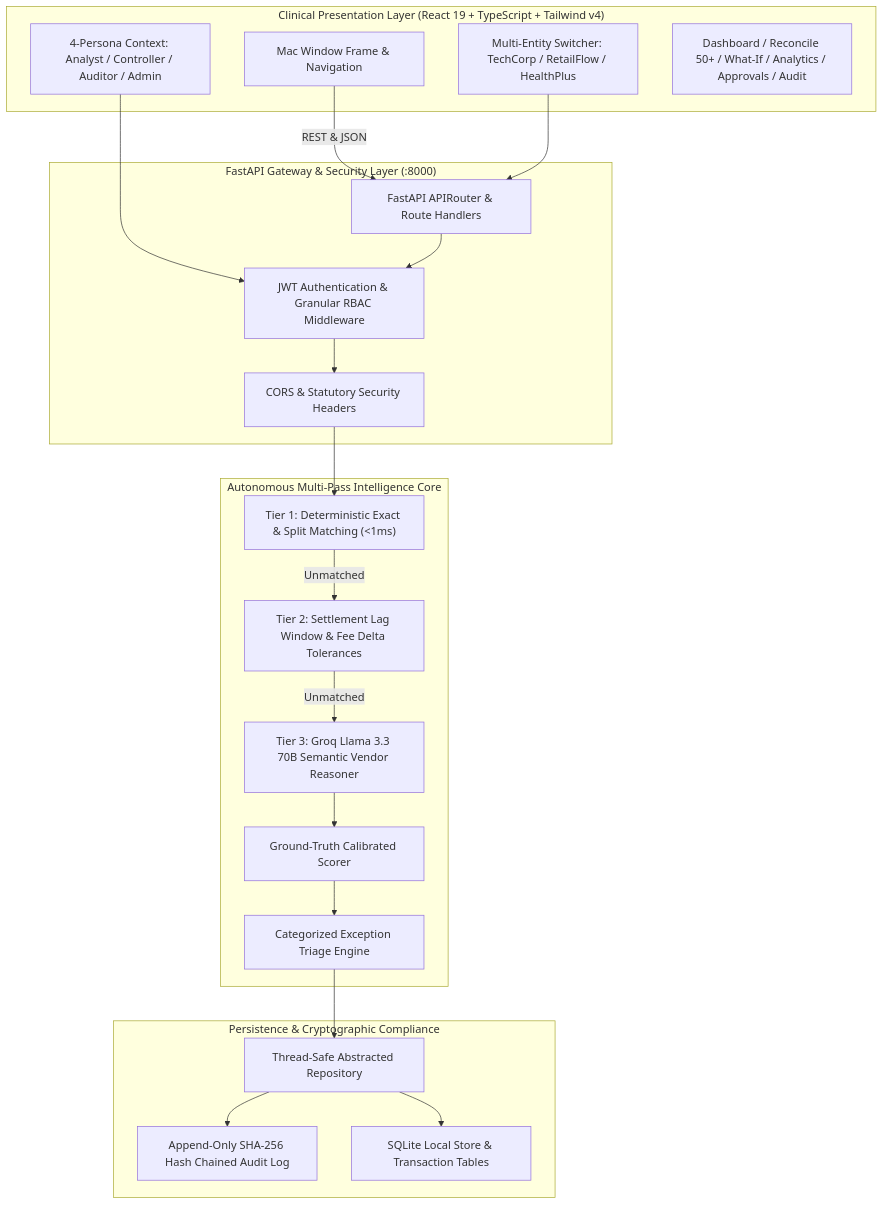
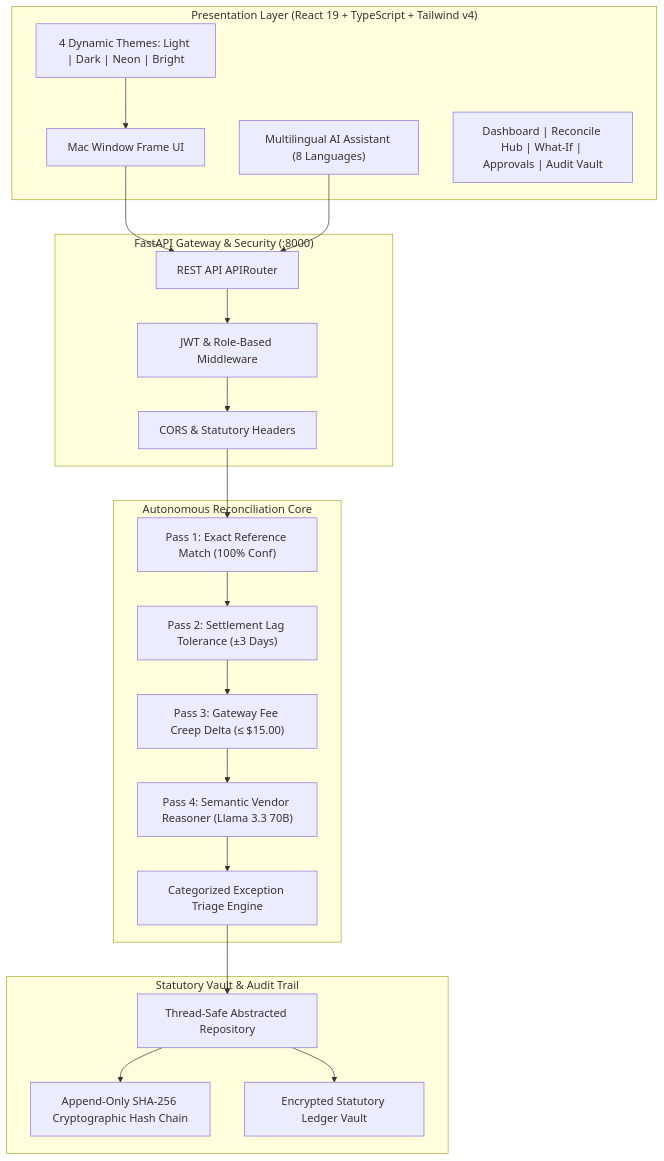
Before and after one commit to MazedOut/TallyBook_Ai_Finance_Controller: the first of 5 diagrams in README.md, drawn with Mermaid. The commit also changed other lines of this file and 33 other files, not shown here.

````diff
--- a/README.md
+++ b/README.md
@@ -25,41 +127,38 @@
 ```mermaid
 graph TD
-    subgraph Presentation ["Clinical Presentation Layer (React 19 + TypeScript + Tailwind v4)"]
-        UI["Mac Window Frame & Navigation"]
-        WS_SWITCH["Multi-Entity Switcher: TechCorp / RetailFlow / HealthPlus"]
-        PERSONA["4-Persona Context: Analyst / Controller / Auditor / Admin"]
-        VIEWS["Dashboard / Reconcile 50+ / What-If / Analytics / Approvals / Audit"]
+    subgraph Presentation ["Presentation Layer (React 19 + TypeScript + Tailwind v4)"]
+        UI["Mac Window Frame UI"]
+        THEMES["4 Dynamic Themes: Light | Dark | Neon | Bright"]
+        AI_DRAWER["Multilingual AI Assistant (8 Languages)"]
+        VIEWS["Dashboard | Reconcile Hub | What-If | Approvals | Audit Vault"]
     end
 
-    subgraph Gateway ["FastAPI Gateway & Security Layer (:8000)"]
-        ROUTER["FastAPI APIRouter & Route Handlers"]
-        JWT_AUTH["JWT Authentication & Granular RBAC Middleware"]
-        CORS_MW["CORS & Statutory Security Headers"]
+    subgraph Gateway ["FastAPI Gateway & Security (:8000)"]
+        ROUTER["REST API APIRouter"]
+        AUTH["JWT & Role-Based Middleware"]
+        CORS["CORS & Statutory Headers"]
     end
 
-    subgraph Intelligence ["Autonomous Multi-Pass Intelligence Core"]
-        TIER1["Tier 1: Deterministic Exact & Split Matching (<1ms)"]
-        TIER2["Tier 2: Settlement Lag Window & Fee Delta Tolerances"]
-        TIER3["Tier 3: Groq Llama 3.3 70B Semantic Vendor Reasoner"]
-        CALIB["Ground-Truth Calibrated Scorer"]
+    subgraph Intelligence ["Autonomous Reconciliation Core"]
+        P1["Pass 1: Exact Reference Match (100% Conf)"]
+        P2["Pass 2: Settlement Lag Tolerance (±3 Days)"]
+        P3["Pass 3: Gateway Fee Creep Delta (≤ $15.00)"]
+        P4["Pass 4: Semantic Vendor Reasoner (Llama 3.3 70B)"]
         TRIAGE["Categorized Exception Triage Engine"]
     end
 
-    subgraph Datastore ["Persistence & Cryptographic Compliance"]
+    subgraph LedgerVault ["Statutory Vault & Audit Trail"]
         REPO["Thread-Safe Abstracted Repository"]
-        HASH_CHAIN["Append-Only SHA-256 Hash Chained Audit Log"]
-        SQLITE_DB["SQLite Local Store & Transaction Tables"]
+        CHAIN["Append-Only SHA-256 Cryptographic Hash Chain"]
+        SQLITE["Encrypted Statutory Ledger Vault"]
     end
 
-    UI -->|REST & JSON| ROUTER
-    WS_SWITCH --> ROUTER
-    PERSONA --> JWT_AUTH
-    ROUTER --> JWT_AUTH --> CORS_MW
-    CORS_MW --> TIER1
-    TIER1 -->|Unmatched| TIER2
-    TIER2 -->|Unmatched| TIER3
-    TIER3 --> CALIB --> TRIAGE
-    TRIAGE --> REPO
-    REPO --> HASH_CHAIN
-    REPO --> SQLITE_DB
+    UI --> ROUTER
+    THEMES --> UI
+    AI_DRAWER --> ROUTER
+    ROUTER --> AUTH --> CORS
+    CORS --> P1 --> P2 --> P3 --> P4
+    P4 --> TRIAGE --> REPO
+    REPO --> CHAIN
+    REPO --> SQLITE
 ```
````
